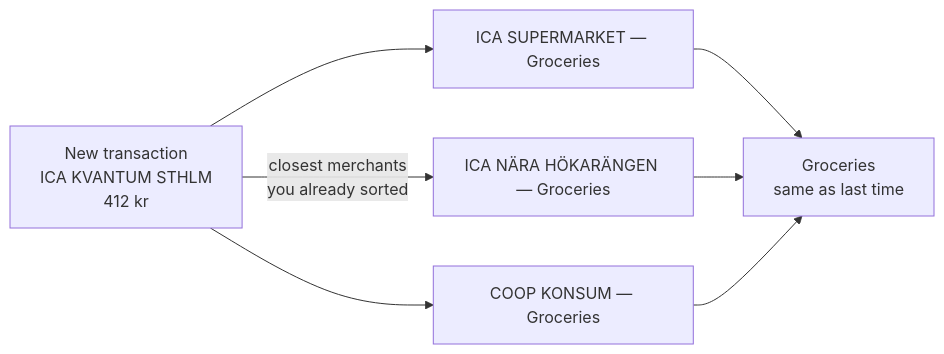
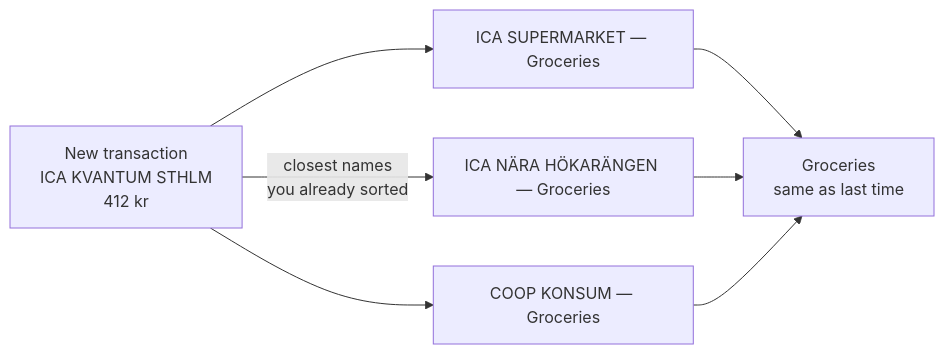
Before and after one commit to jorisrombouts/pegels: the first of 4 diagrams in docs/how-the-categorizer-works.md, drawn with Mermaid. The commit also changed other lines of this file and 3 other files, not shown here.

````diff
--- a/docs/how-the-categorizer-works.md
+++ b/docs/how-the-categorizer-works.md
@@ -16,14 +16,14 @@
 ```mermaid
 flowchart LR
     NEW["New transaction<br/>ICA KVANTUM STHLM<br/>412 kr"]
     M1["ICA SUPERMARKET — Groceries"]
     M2["ICA NÄRA HÖKARÄNGEN — Groceries"]
     M3["COOP KONSUM — Groceries"]
     ANS["Groceries<br/>same as last time"]
     NEW --> M1
-    NEW -- "closest merchants<br/>you already sorted" --> M2
+    NEW -- "closest names<br/>you already sorted" --> M2
     NEW --> M3
     M1 --> ANS
     M2 --> ANS
     M3 --> ANS
 ```
````
